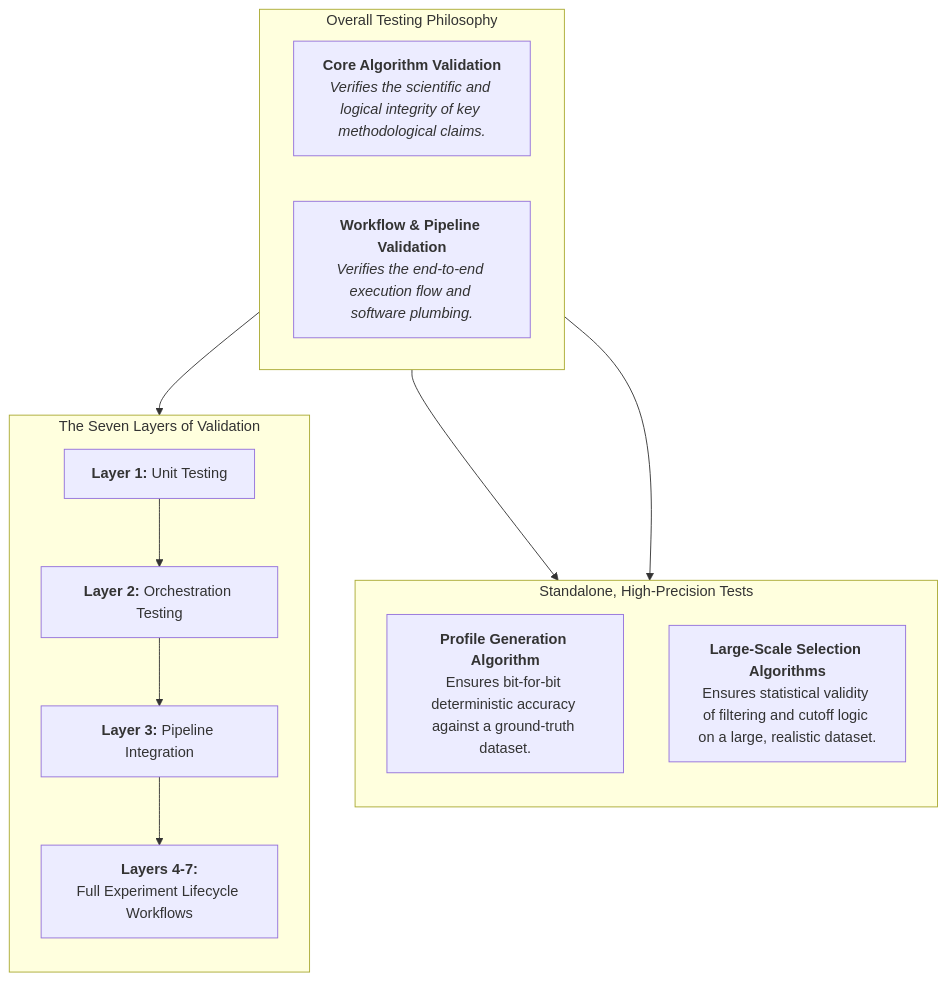
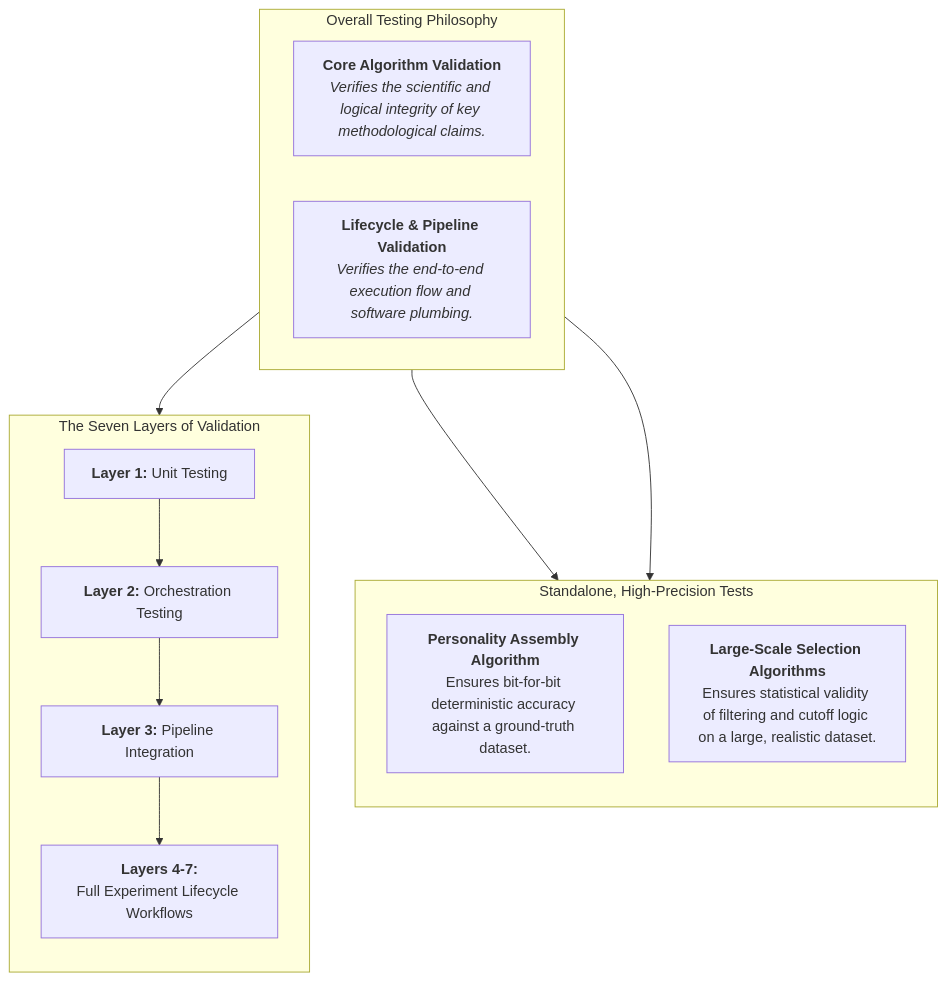
The diagram in docs/diagrams/test_philosophy_overview.mmd (peterjmarko/llm-narrative-framework), drawn with Mermaid before and after one commit. The commit also changed 8 other files, not shown here.

```diff
--- a/docs/diagrams/test_philosophy_overview.mmd
+++ b/docs/diagrams/test_philosophy_overview.mmd
@@ -1,24 +1,24 @@
 graph TD
     subgraph "Overall Testing Philosophy"
         direction LR
         A["<b>Core Algorithm Validation</b><br><i>Verifies the scientific and logical integrity of key methodological claims.</i>"]
-        B["<b>Workflow & Pipeline Validation</b><br><i>Verifies the end-to-end execution flow and software plumbing.</i>"]
+        B["<b>Lifecycle & Pipeline Validation</b><br><i>Verifies the end-to-end execution flow and software plumbing.</i>"]
     end
 
     subgraph "Standalone, High-Precision Tests"
         direction TB
-        C["<b>Profile Generation Algorithm</b><br>Ensures bit-for-bit deterministic accuracy against a ground-truth dataset."]
+        C["<b>Personality Assembly Algorithm</b><br>Ensures bit-for-bit deterministic accuracy against a ground-truth dataset."]
         D["<b>Large-Scale Selection Algorithms</b><br>Ensures statistical validity of filtering and cutoff logic on a large, realistic dataset."]
     end
     
     subgraph "The Seven Layers of Validation"
         direction TB
         L1["<b>Layer 1:</b> Unit Testing"]
         L2["<b>Layer 2:</b> Orchestration Testing"]
         L3["<b>Layer 3:</b> Pipeline Integration"]
         L4_7["<b>Layers 4-7:</b><br>Full Experiment Lifecycle Workflows"]
     end
 
     A --> C
     A --> D
     B --> L1 --> L2 --> L3 --> L4_7
```
